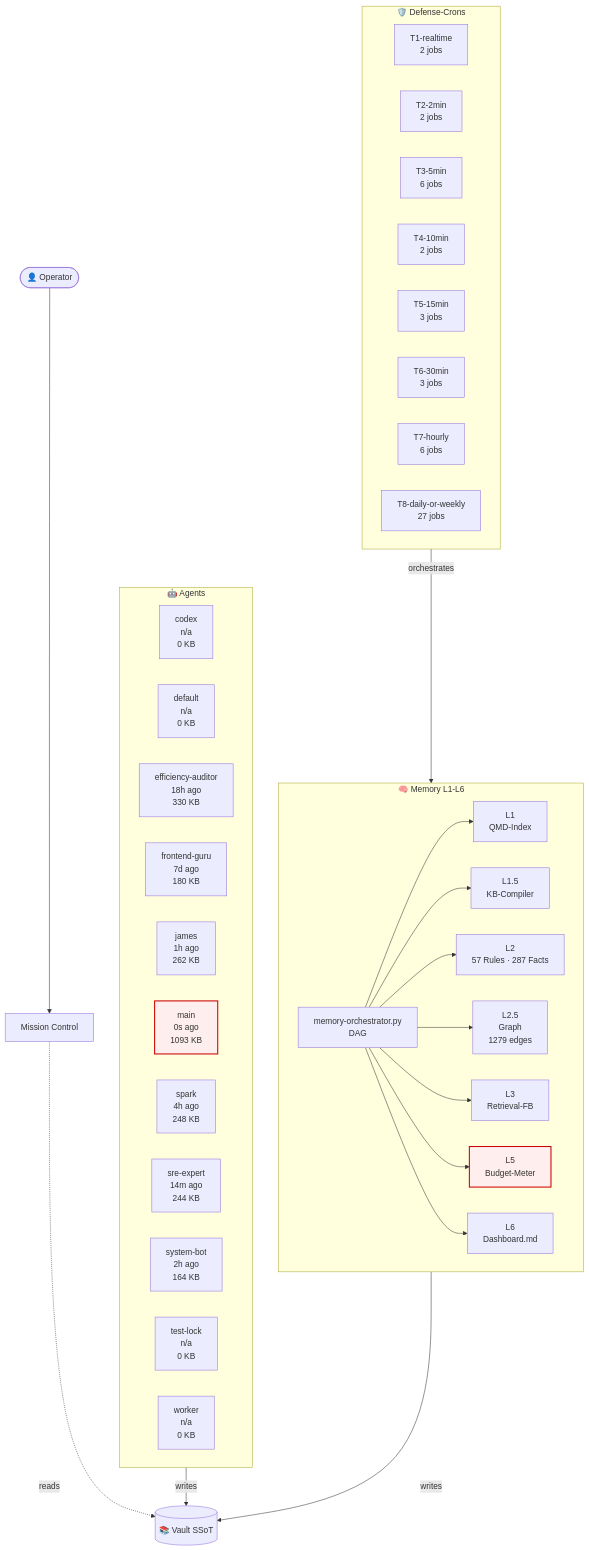
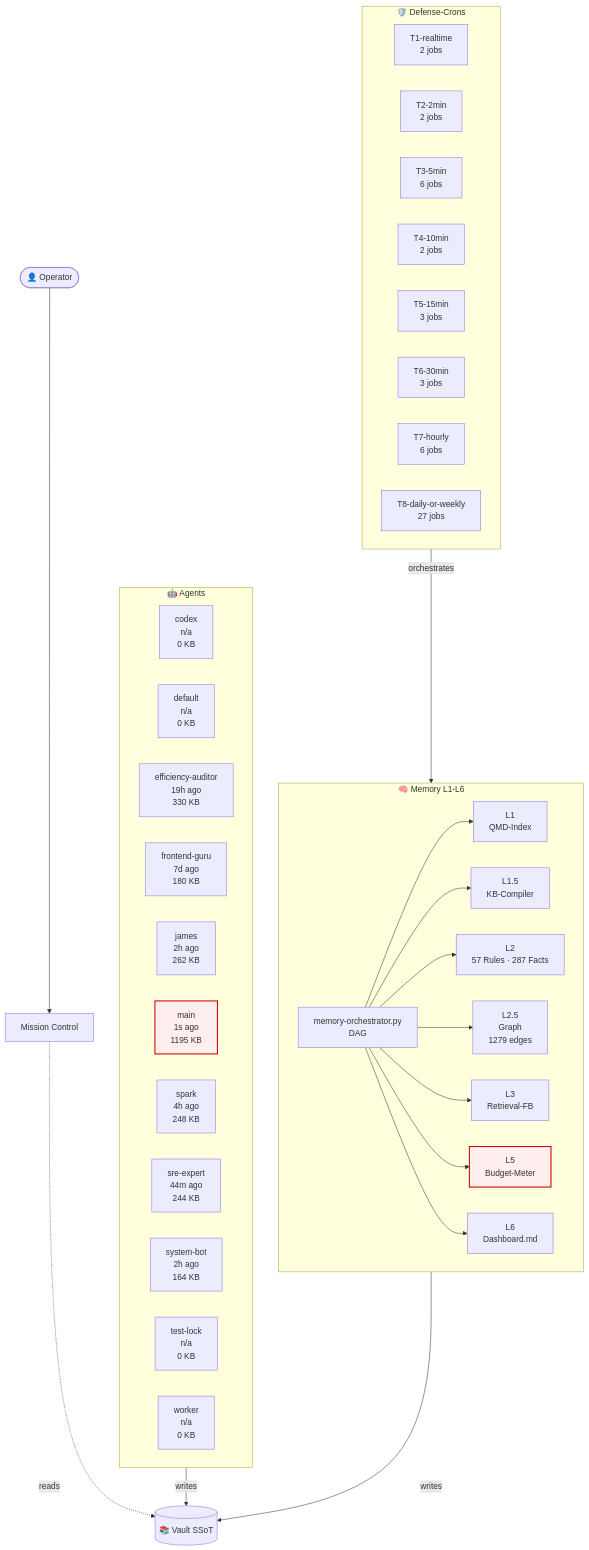
One commit to lenardhuebner88-rgb/openclaw-memory changed the diagram in 03-Agents/architecture-live.md. Above: the diagram before and after it, drawn with Mermaid. The commit also changed other lines of this file and 1 other file, not shown here.

````diff
--- a/03-Agents/architecture-live.md
+++ b/03-Agents/architecture-live.md
@@ -18,54 +18,54 @@
 ```mermaid
 flowchart TB
     classDef critical fill:#fee,stroke:#c00,stroke-width:2px;
     subgraph AGT["🤖 Agents"]
         agent_codex["codex<br/>n/a<br/>0 KB"]
         agent_default["default<br/>n/a<br/>0 KB"]
-        agent_efficiency_auditor["efficiency-auditor<br/>18h ago<br/>330 KB"]
+        agent_efficiency_auditor["efficiency-auditor<br/>19h ago<br/>330 KB"]
         agent_frontend_guru["frontend-guru<br/>7d ago<br/>180 KB"]
-        agent_james["james<br/>1h ago<br/>262 KB"]
-        agent_main["main<br/>0s ago<br/>1093 KB"]
+        agent_james["james<br/>2h ago<br/>262 KB"]
+        agent_main["main<br/>1s ago<br/>1195 KB"]
         agent_spark["spark<br/>4h ago<br/>248 KB"]
-        agent_sre_expert["sre-expert<br/>14m ago<br/>244 KB"]
+        agent_sre_expert["sre-expert<br/>44m ago<br/>244 KB"]
         agent_system_bot["system-bot<br/>2h ago<br/>164 KB"]
         agent_test_lock["test-lock<br/>n/a<br/>0 KB"]
         agent_worker["worker<br/>n/a<br/>0 KB"]
     end
     subgraph MEM["🧠 Memory L1-L6"]
         L1["L1<br/>QMD-Index"]
         L15["L1.5<br/>KB-Compiler"]
         L2["L2<br/>57 Rules · 287 Facts"]
         L25["L2.5<br/>Graph<br/>1279 edges"]
         L3["L3<br/>Retrieval-FB"]
         L5["L5<br/>Budget-Meter"]
         L6["L6<br/>Dashboard.md"]
         ORCH["memory-orchestrator.py<br/>DAG"]
     end
     subgraph CRN["🛡️ Defense-Crons"]
         tier_T1_realtime["T1-realtime<br/>2 jobs"]
         tier_T2_2min["T2-2min<br/>2 jobs"]
         tier_T3_5min["T3-5min<br/>6 jobs"]
         tier_T4_10min["T4-10min<br/>2 jobs"]
         tier_T5_15min["T5-15min<br/>3 jobs"]
         tier_T6_30min["T6-30min<br/>3 jobs"]
         tier_T7_hourly["T7-hourly<br/>6 jobs"]
         tier_T8_daily_or_weekly["T8-daily-or-weekly<br/>27 jobs"]
     end
     VAULT[("📚 Vault SSoT")]
     OP([👤 Operator])
     MC["Mission Control"]
     OP --> MC
     MC -.reads.-> VAULT
     AGT -->|writes| VAULT
     MEM -->|writes| VAULT
     ORCH --> L1
     ORCH --> L15
     ORCH --> L2
     ORCH --> L25
     ORCH --> L3
     ORCH --> L5
     ORCH --> L6
     CRN -->|orchestrates| MEM
     class L5 critical
     class agent_main critical
 ```
````
